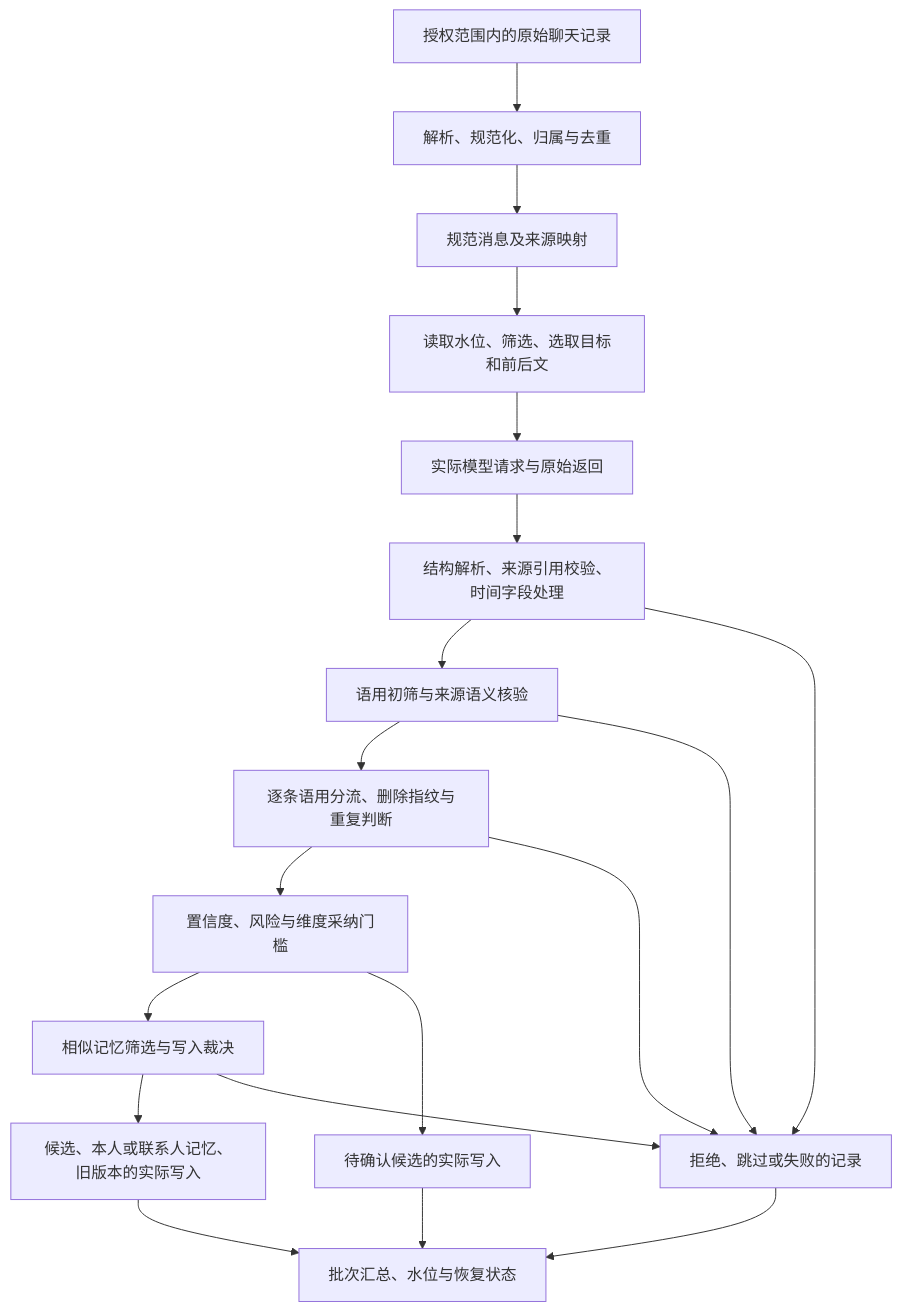
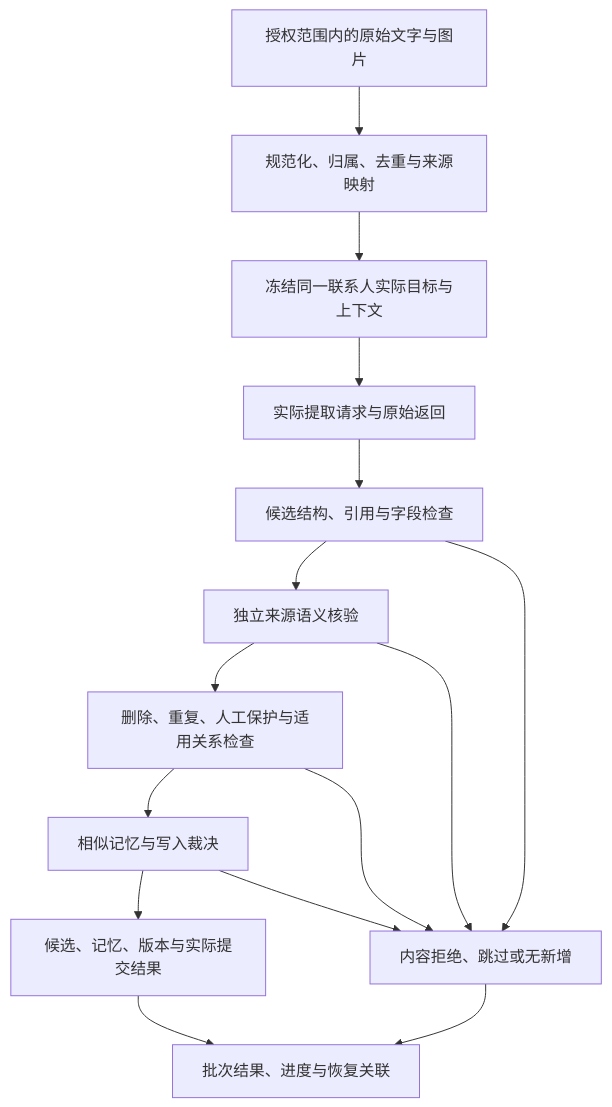
The diagram in architecture/current/memory-extraction-trace.md (Aqua-ava/NotAlone), drawn with Mermaid before and after one commit. The commit also changed other lines of this file and 17 other files, not shown here.

````diff
--- a/architecture/current/memory-extraction-trace.md
+++ b/architecture/current/memory-extraction-trace.md
@@ -24,21 +21,17 @@
 ```mermaid
 flowchart TD
-    A[授权范围内的原始聊天记录] --> B[解析、规范化、归属与去重]
-    B --> C[规范消息及来源映射]
-    C --> D[读取水位、筛选、选取目标和前后文]
-    D --> E[实际模型请求与原始返回]
-    E --> F[结构解析、来源引用校验、时间字段处理]
-    F --> G[语用初筛与来源语义核验]
-    G --> H[逐条语用分流、删除指纹与重复判断]
-    H --> I[置信度、风险与维度采纳门槛]
-    I --> J[相似记忆筛选与写入裁决]
-    J --> K[候选、本人或联系人记忆、旧版本的实际写入]
-    K --> L[批次汇总、水位与恢复状态]
-    F --> X[拒绝、跳过或失败的记录]
-    G --> X
-    H --> X
-    I --> P[待确认候选的实际写入]
-    P --> L
-    J --> X
-    X --> L
+    A[授权范围内的原始文字与图片] --> B[规范化、归属、去重与来源映射]
+    B --> C[冻结同一联系人实际目标与上下文]
+    C --> D[实际提取请求与原始返回]
+    D --> E[候选结构、引用与字段检查]
+    E --> F[独立来源语义核验]
+    F --> G[删除、重复、人工保护与适用关系检查]
+    G --> H[相似记忆与写入裁决]
+    H --> I[候选、记忆、版本与实际提交结果]
+    I --> J[批次结果、进度与恢复关联]
+    E --> R[内容拒绝、跳过或无新增]
+    F --> R
+    G --> R
+    H --> R
+    R --> J
 ```
````
